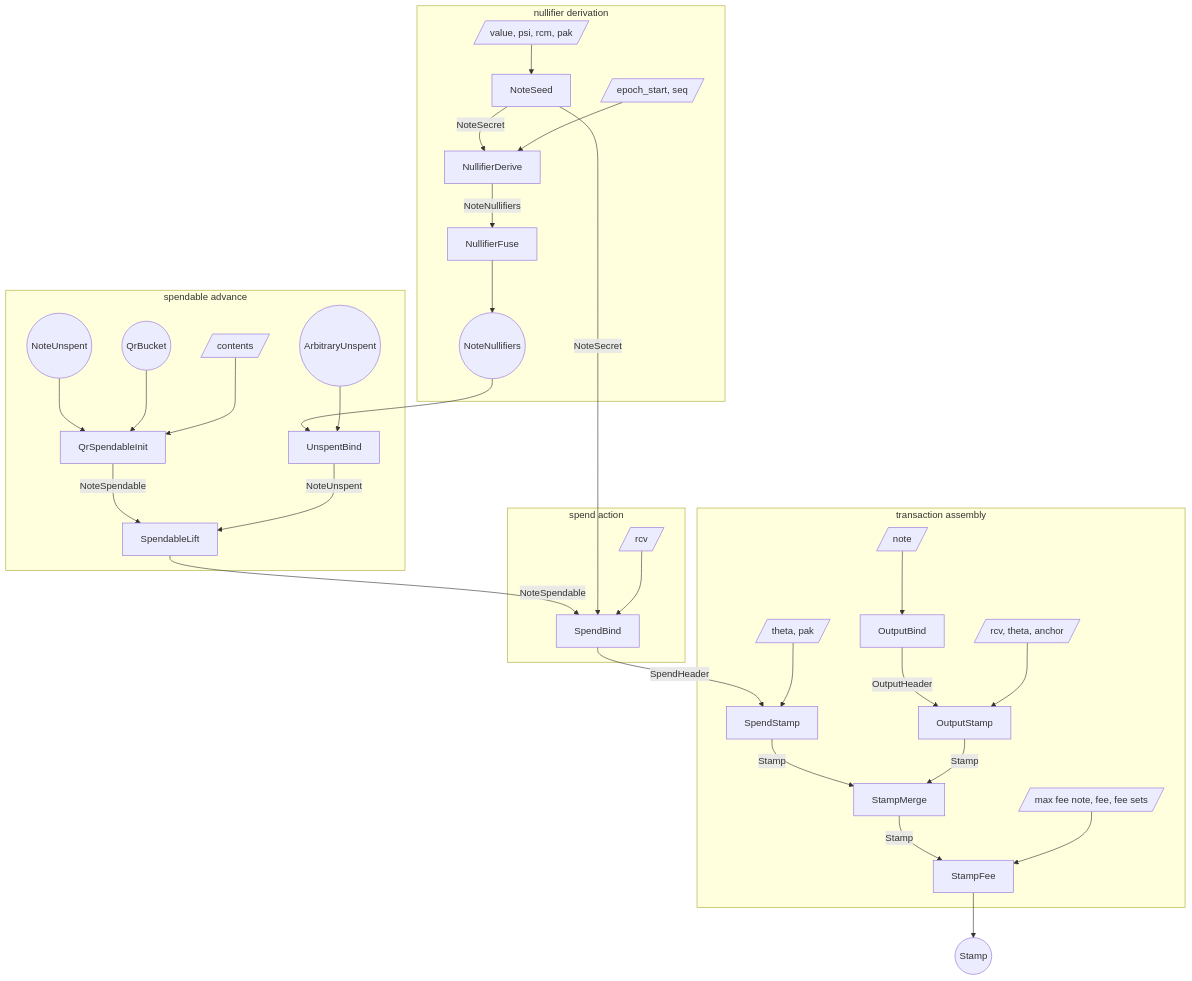
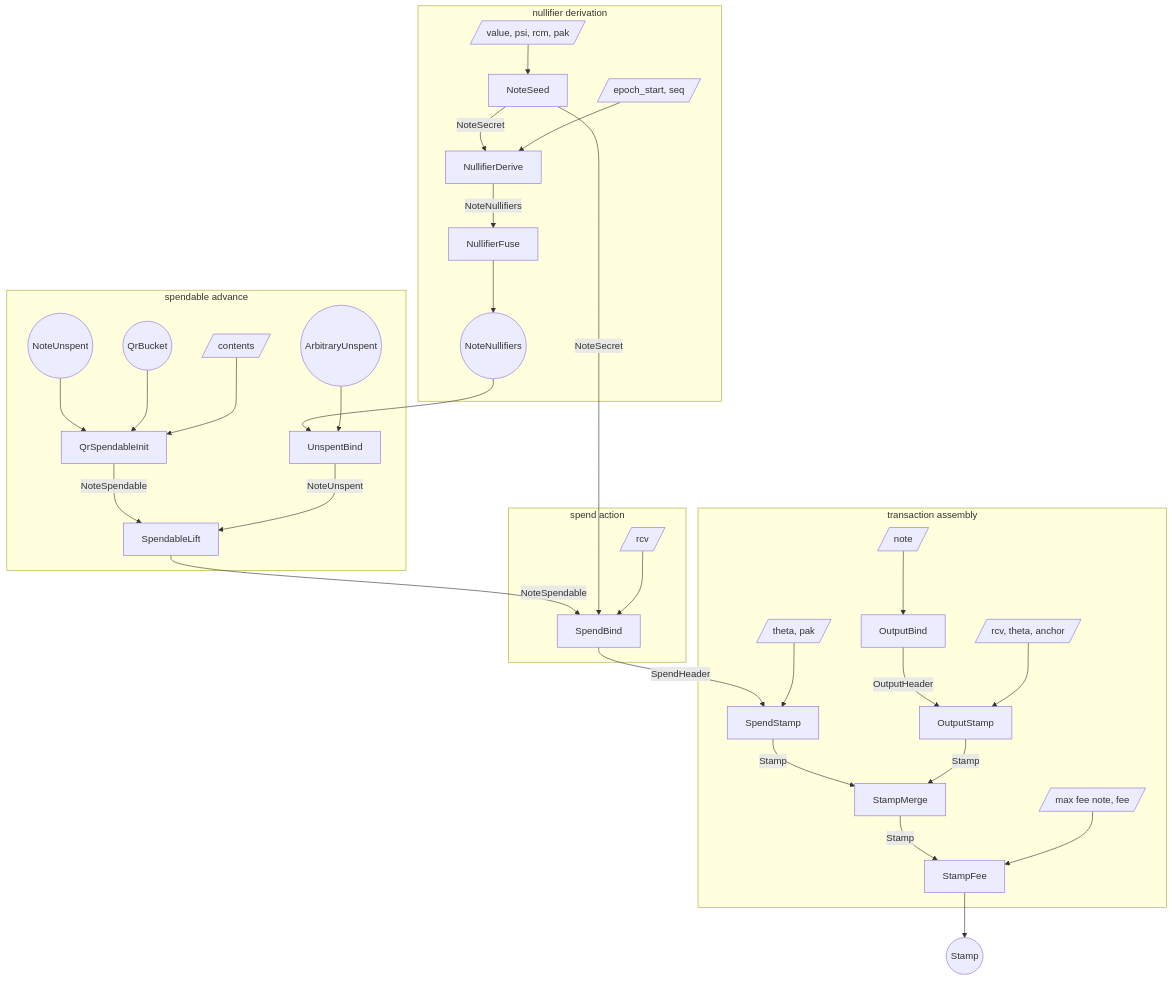
One commit to tachyon-zcash/tachyon changed the first of 3 diagrams in book/src/proof-tree.md. Above: the diagram before and after it, drawn with Mermaid. The commit also changed 6 other files, not shown here.

First line of the commit message:
refactor(fee): build StampFee's fee singleton sets in the step

````diff
--- a/book/src/proof-tree.md
+++ b/book/src/proof-tree.md
@@ -391,69 +391,69 @@
 ```mermaid
 flowchart TB
   subgraph derive [nullifier derivation]
     w_seed[/value, psi, rcm, pak/]
     s_seed[NoteSeed]
     w_window[/epoch_start, seq/]
     s_window[NullifierDerive]
     s_dfuse[NullifierFuse]
     nf_range((NoteNullifiers))
   end
 
   subgraph spendable [spendable advance]
     bucket_in((QrBucket))
     creation_in((NoteUnspent))
     w_init[/contents/]
     s_init[QrSpendableInit]
     unspent_in((ArbitraryUnspent))
     s_unspentbind[UnspentBind]
     s_lift[SpendableLift]
   end
 
   subgraph spend_stamp [spend action]
     w_bind[/rcv/]
     s_bind[SpendBind]
   end
 
   subgraph merge [transaction assembly]
     w_stamp[/theta, pak/]
     s_spendstamp[SpendStamp]
     w_outbind[/note/]
     s_outbind[OutputBind]
     w_output[/rcv, theta, anchor/]
     s_output[OutputStamp]
     s_merge[StampMerge]
-    w_fee[/max fee note, fee, fee sets/]
+    w_fee[/max fee note, fee/]
     s_fee[StampFee]
   end
 
   stamp_out((Stamp))
 
   w_seed --> s_seed
   s_seed -->|NoteSecret| s_window
   w_window --> s_window
   s_window -->|NoteNullifiers| s_dfuse
   s_dfuse --> nf_range
 
   creation_in --> s_init
   bucket_in --> s_init
   w_init --> s_init
   nf_range --> s_unspentbind
   unspent_in --> s_unspentbind
   s_init -->|NoteSpendable| s_lift
   s_unspentbind -->|NoteUnspent| s_lift
   s_lift -->|NoteSpendable| s_bind
 
   s_seed -->|NoteSecret| s_bind
   w_bind --> s_bind
   s_bind -->|SpendHeader| s_spendstamp
   w_stamp --> s_spendstamp
 
   w_outbind --> s_outbind
   s_outbind -->|OutputHeader| s_output
   w_output --> s_output
   s_spendstamp -->|Stamp| s_merge
   s_output -->|Stamp| s_merge
   s_merge -->|Stamp| s_fee
   w_fee --> s_fee
   s_fee --> stamp_out
 ```
````
